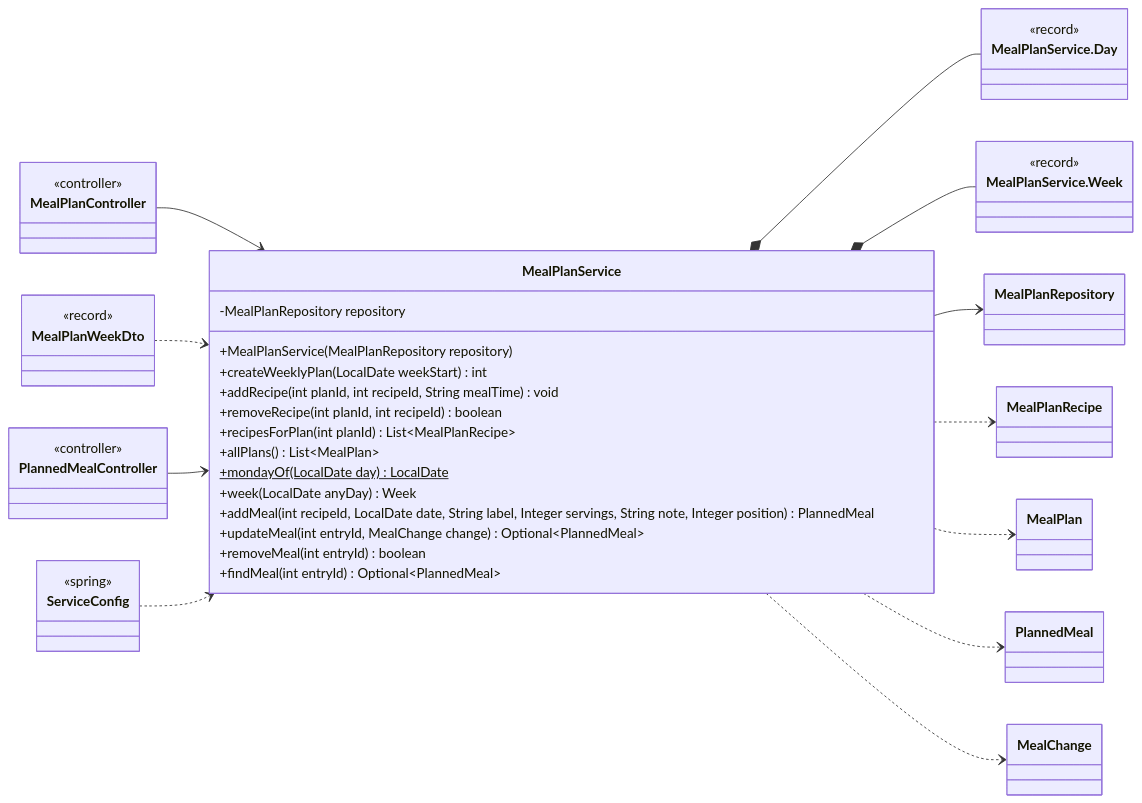
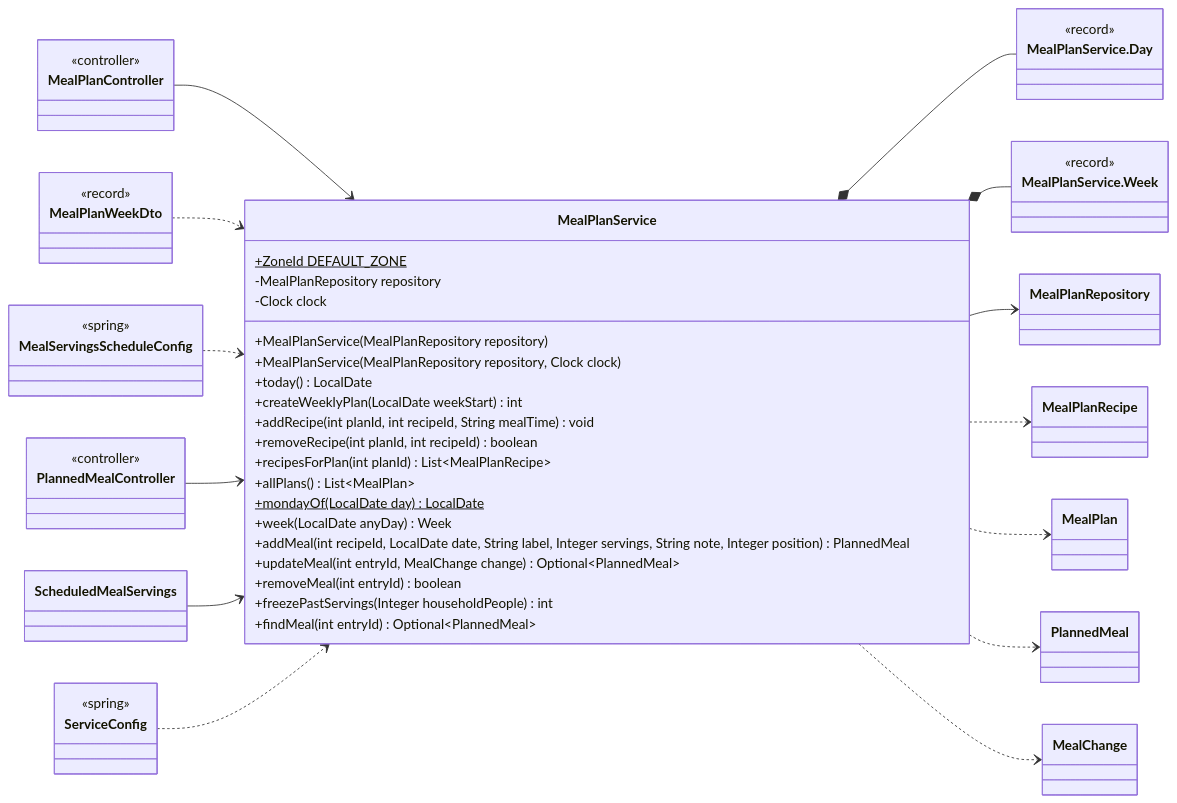
The sixth of 26 diagrams in docs/classes/mealplanner.md (Nate-ryan-7690/dahaem), drawn with Mermaid before and after one commit. The commit also changed other lines of this file and 4 other files, not shown here.

````diff
--- a/docs/classes/mealplanner.md
+++ b/docs/classes/mealplanner.md
@@ -362,53 +368,64 @@
 ```mermaid
 classDiagram
     direction LR
     class mealplanner_MealPlanService["MealPlanService"] {
+        +ZoneId DEFAULT_ZONE$
         -MealPlanRepository repository
+        -Clock clock
         +MealPlanService(MealPlanRepository repository)
+        +MealPlanService(MealPlanRepository repository, Clock clock)
+        +today() LocalDate
         +createWeeklyPlan(LocalDate weekStart) int
         +addRecipe(int planId, int recipeId, String mealTime) void
         +removeRecipe(int planId, int recipeId) boolean
         +recipesForPlan(int planId) List~MealPlanRecipe~
         +allPlans() List~MealPlan~
         +mondayOf(LocalDate day) LocalDate$
         +week(LocalDate anyDay) Week
         +addMeal(int recipeId, LocalDate date, String label, Integer servings, String note, Integer position) PlannedMeal
         +updateMeal(int entryId, MealChange change) Optional~PlannedMeal~
         +removeMeal(int entryId) boolean
+        +freezePastServings(Integer householdPeople) int
         +findMeal(int entryId) Optional~PlannedMeal~
     }
     class mealplanner_MealPlanService_Day["MealPlanService.Day"] {
         <<record>>
     }
     class mealplanner_MealPlanService_Week["MealPlanService.Week"] {
         <<record>>
     }
     class mealplanner_MealPlanRepository["MealPlanRepository"]
     class api_MealPlanController["MealPlanController"] {
         <<controller>>
     }
     class api_PlannedMealController["PlannedMealController"] {
         <<controller>>
     }
+    class api_ScheduledMealServings["ScheduledMealServings"]
     class mealplanner_MealPlanRecipe["MealPlanRecipe"]
     class mealplanner_MealPlan["MealPlan"]
     class mealplanner_PlannedMeal["PlannedMeal"]
     class mealplanner_MealChange["MealChange"]
     class api_MealPlanWeekDto["MealPlanWeekDto"] {
         <<record>>
+    }
+    class api_MealServingsScheduleConfig["MealServingsScheduleConfig"] {
+        <<spring>>
     }
     class api_ServiceConfig["ServiceConfig"] {
         <<spring>>
     }
     mealplanner_MealPlanService *-- mealplanner_MealPlanService_Day
     mealplanner_MealPlanService *-- mealplanner_MealPlanService_Week
     mealplanner_MealPlanService --> mealplanner_MealPlanRepository
     mealplanner_MealPlanService ..> mealplanner_MealPlanRecipe
     mealplanner_MealPlanService ..> mealplanner_MealPlan
     mealplanner_MealPlanService ..> mealplanner_PlannedMeal
     mealplanner_MealPlanService ..> mealplanner_MealChange
     api_MealPlanController --> mealplanner_MealPlanService
     api_MealPlanWeekDto ..> mealplanner_MealPlanService
+    api_MealServingsScheduleConfig ..> mealplanner_MealPlanService
     api_PlannedMealController --> mealplanner_MealPlanService
+    api_ScheduledMealServings --> mealplanner_MealPlanService
     api_ServiceConfig ..> mealplanner_MealPlanService
 ```
````
